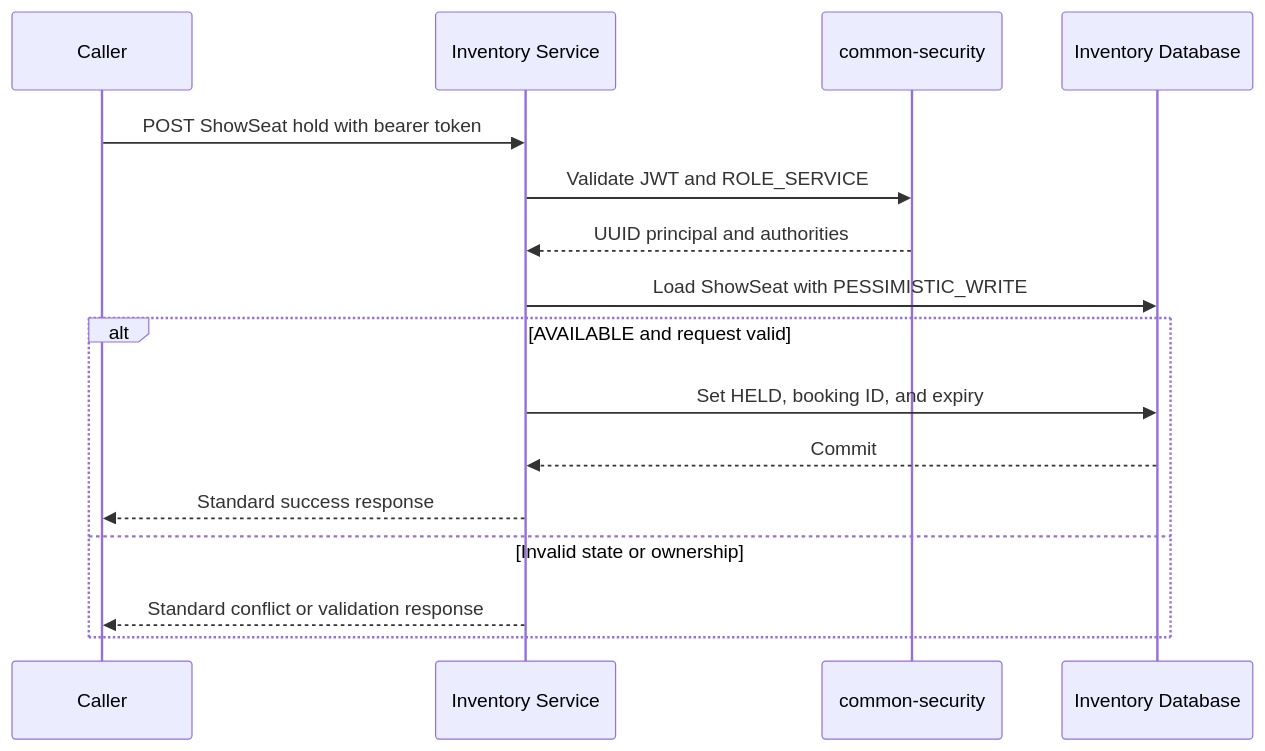
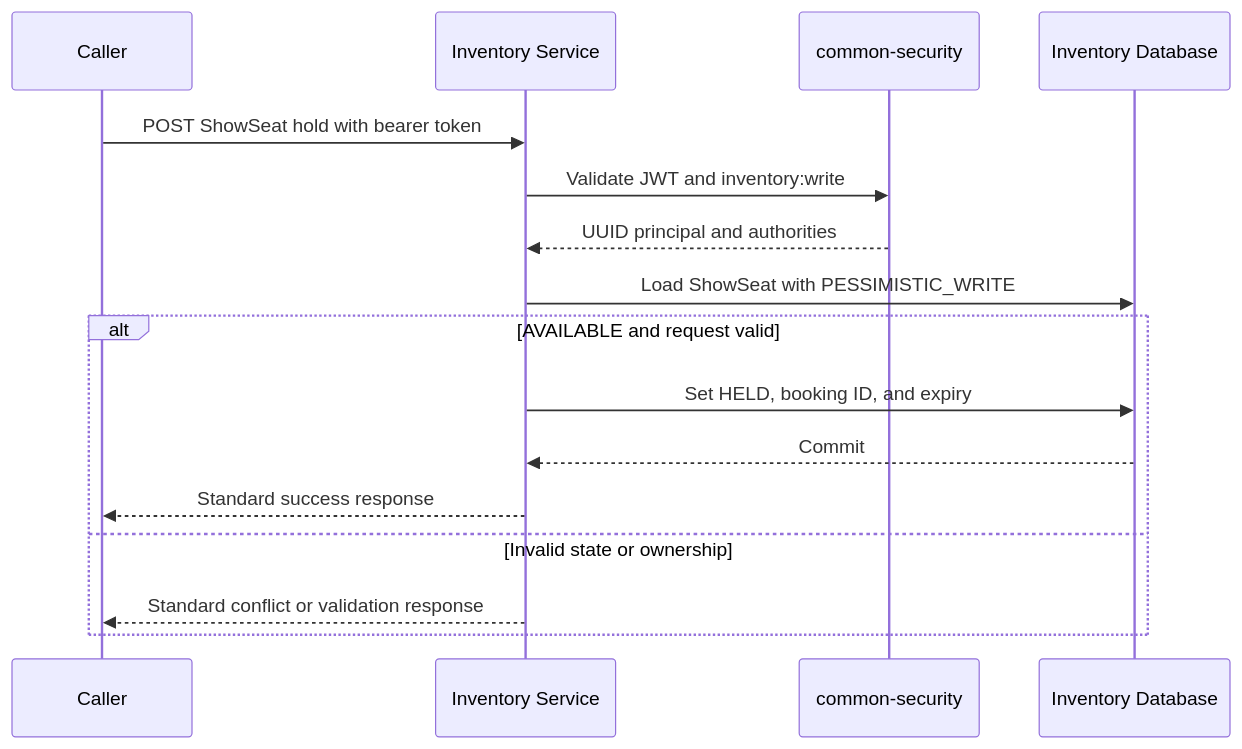
Before and after one commit to HuyKunNe/cinema-system: the second of 17 diagrams in docs/13_SEQUENCE_DIAGRAMS.md, drawn with Mermaid. The commit also changed other lines of this file and 13 other files, not shown here.

````diff
--- a/docs/13_SEQUENCE_DIAGRAMS.md
+++ b/docs/13_SEQUENCE_DIAGRAMS.md
@@ -60,20 +60,20 @@
 ```mermaid
 sequenceDiagram
     participant Caller
     participant Inventory as Inventory Service
     participant Security as common-security
     participant DB as Inventory Database
 
     Caller->>Inventory: POST ShowSeat hold with bearer token
-    Inventory->>Security: Validate JWT and ROLE_SERVICE
+    Inventory->>Security: Validate JWT and inventory:write
     Security-->>Inventory: UUID principal and authorities
     Inventory->>DB: Load ShowSeat with PESSIMISTIC_WRITE
 
     alt AVAILABLE and request valid
         Inventory->>DB: Set HELD, booking ID, and expiry
         DB-->>Inventory: Commit
         Inventory-->>Caller: Standard success response
     else Invalid state or ownership
         Inventory-->>Caller: Standard conflict or validation response
     end
 ```
````
